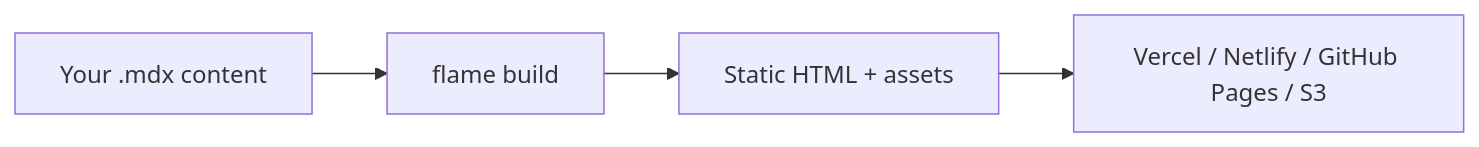
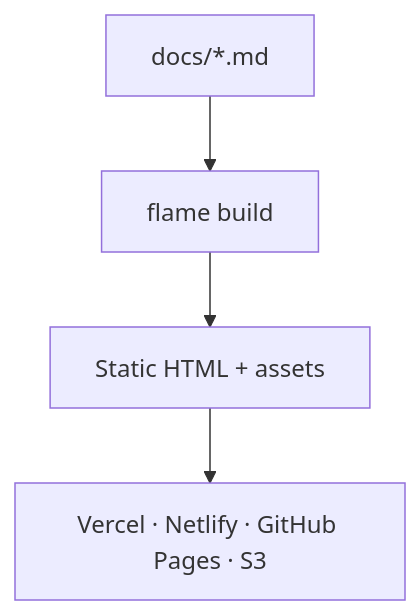
One commit to DocuBook/docubook changed the diagram in packages/flame/template/docs/index.mdx. Above: the diagram before and after it, drawn with Mermaid. The commit also changed other lines of this file and 23 other files, not shown here.

````diff
--- a/packages/flame/template/docs/index.mdx
+++ b/packages/flame/template/docs/index.mdx
@@ -8,6 +10,6 @@
 ```mermaid
-flowchart LR
-    A[Your .mdx content] --> B[flame build]
-    B --> C[Static HTML + assets]
-    C --> D[Vercel / Netlify / GitHub Pages / S3]
+flowchart TD
+    A["docs/*.md"] --> B["flame build"]
+    B --> C["Static HTML + assets"]
+    C --> D["Vercel · Netlify · GitHub Pages · S3"]
 ```
````
